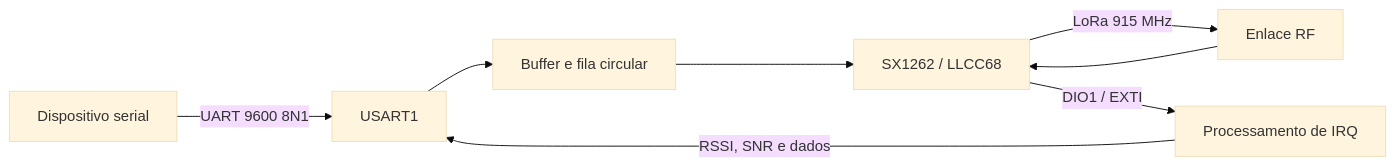
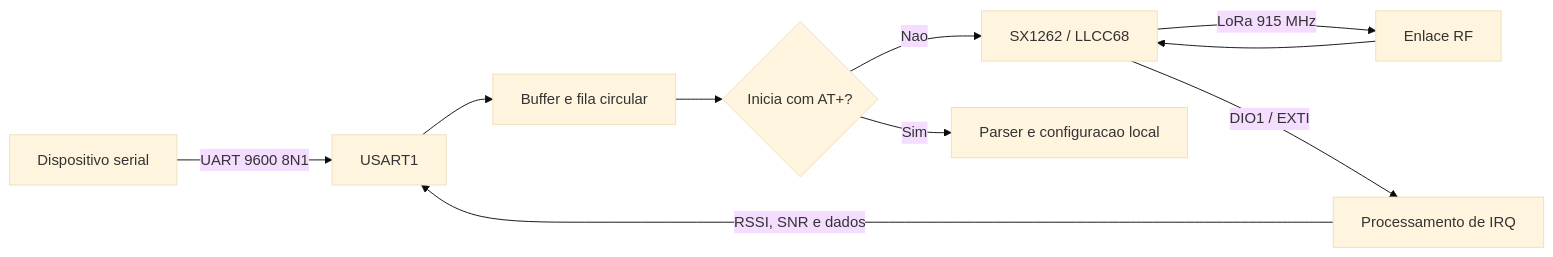
Before and after one commit to MatheusRamo/dx-lr30-900-platformio: the diagram in README.md, drawn with Mermaid (base theme). The commit also changed other lines of this file and 2 other files, not shown here.

Commit message:
Adiciona configuracao LoRa por comandos AT

````diff
--- a/README.md
+++ b/README.md
@@ -42,10 +43,12 @@
 ```mermaid
 flowchart LR
     PC[Dispositivo serial] -->|UART 9600 8N1| UART[USART1]
     UART --> BUFFER[Buffer e fila circular]
-    BUFFER --> RADIO[SX1262 / LLCC68]
+    BUFFER --> CHECK{Inicia com AT+?}
+    CHECK -->|Nao| RADIO[SX1262 / LLCC68]
+    CHECK -->|Sim| CONFIG[Parser e configuracao local]
     RADIO -->|LoRa 915 MHz| AIR[Enlace RF]
     AIR --> RADIO
     RADIO -->|DIO1 / EXTI| IRQ[Processamento de IRQ]
     IRQ -->|RSSI, SNR e dados| UART
 ```
````
